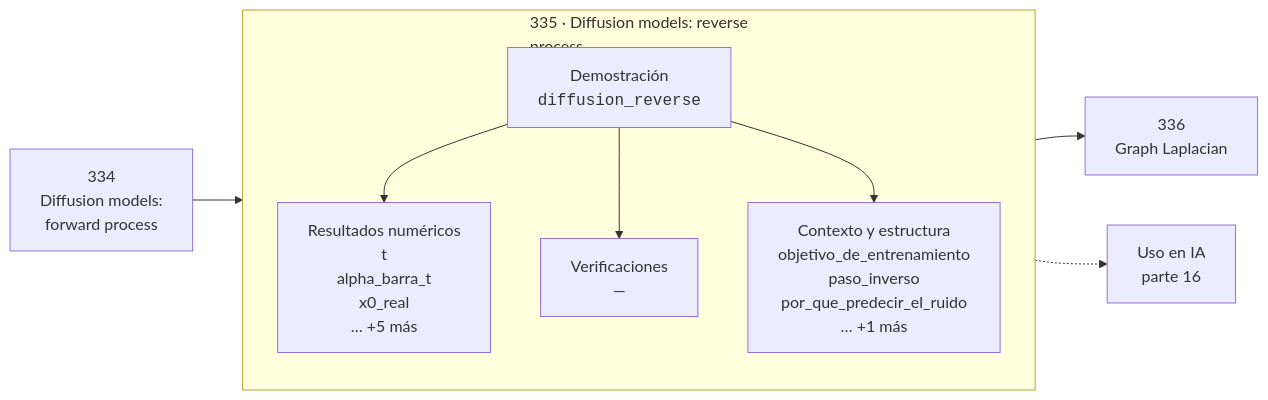
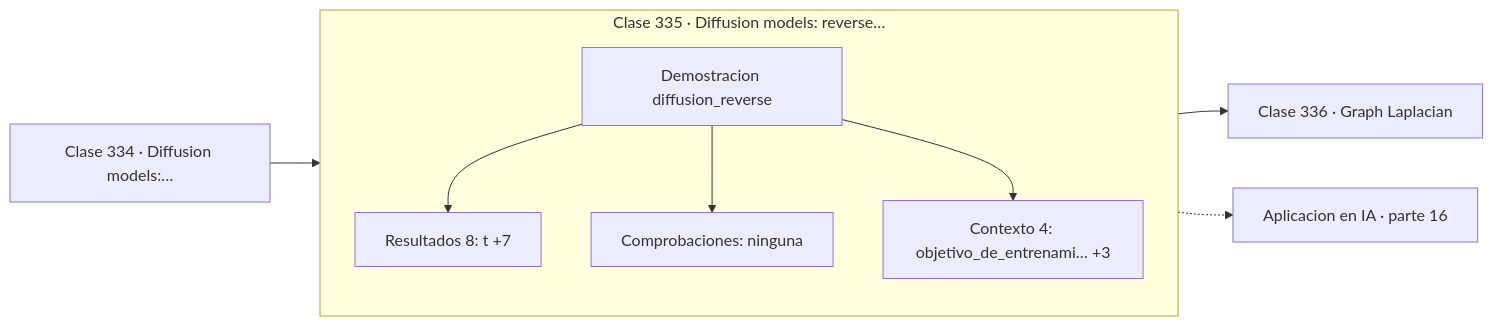
One commit to vladimiracunadev-create/computational-mathematics-program changed the diagram in classes/part-16-matematica-de-transformers-modelos-generativos-grafos-y-rl/335-diffusion-models-reverse-process/README.md. Above: the diagram before and after it, drawn with Mermaid. The commit also changed 389 other files, not shown here.

First line of the commit message:
fix(diagramas): elimina el HTML de las etiquetas Mermaid

````diff
--- a/classes/part-16-matematica-de-transformers-modelos-generativos-grafos-y-rl/335-diffusion-models-reverse-process/README.md
+++ b/classes/part-16-matematica-de-transformers-modelos-generativos-grafos-y-rl/335-diffusion-models-reverse-process/README.md
@@ -30,12 +30,13 @@
 ```mermaid
 flowchart LR
-    P["334<br/>Diffusion models:<br/>forward process"] --> C
-    subgraph C["335 · Diffusion models: reverse<br/>process"]
+    P["Clase 334 · Diffusion models:…"] --> D
+    subgraph CLASE["Clase 335 · Diffusion models: reverse…"]
         direction TB
-        D["Demostración<br/><code>diffusion_reverse</code>"] --> R["Resultados numéricos<br/>t<br/>alpha_barra_t<br/>x0_real<br/>… +5 más"]
-        D --> V["Verificaciones<br/>—"]
-        D --> O["Contexto y estructura<br/>objetivo_de_entrenamiento<br/>paso_inverso<br/>por_que_predecir_el_ruido<br/>… +1 más"]
+        D["Demostracion diffusion_reverse"]
+        D --> R["Resultados 8: t +7"]
+        D --> V["Comprobaciones: ninguna"]
+        D --> O["Contexto 4: objetivo_de_entrenami… +3"]
     end
-    C --> N["336<br/>Graph Laplacian"]
-    C -.-> IA["Uso en IA<br/>parte 16"]
+    R --> N["Clase 336 · Graph Laplacian"]
+    V -.-> IA["Aplicacion en IA · parte 16"]
 ```
````
